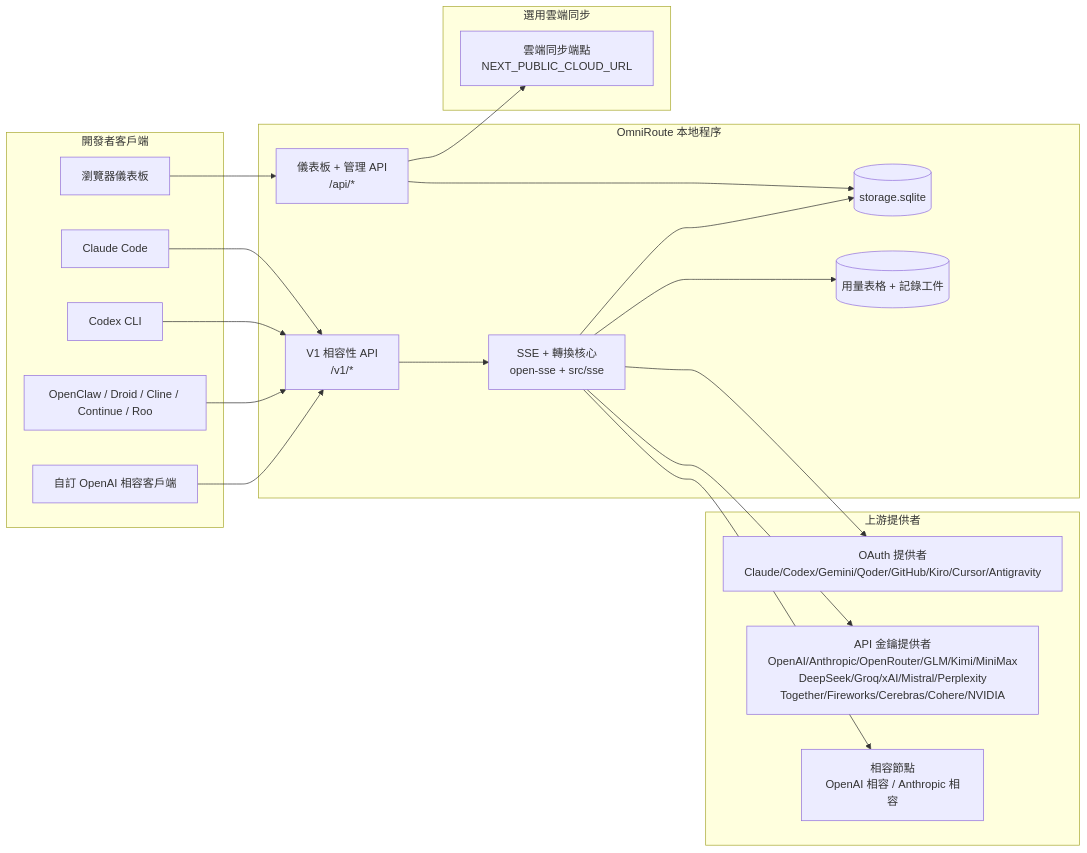
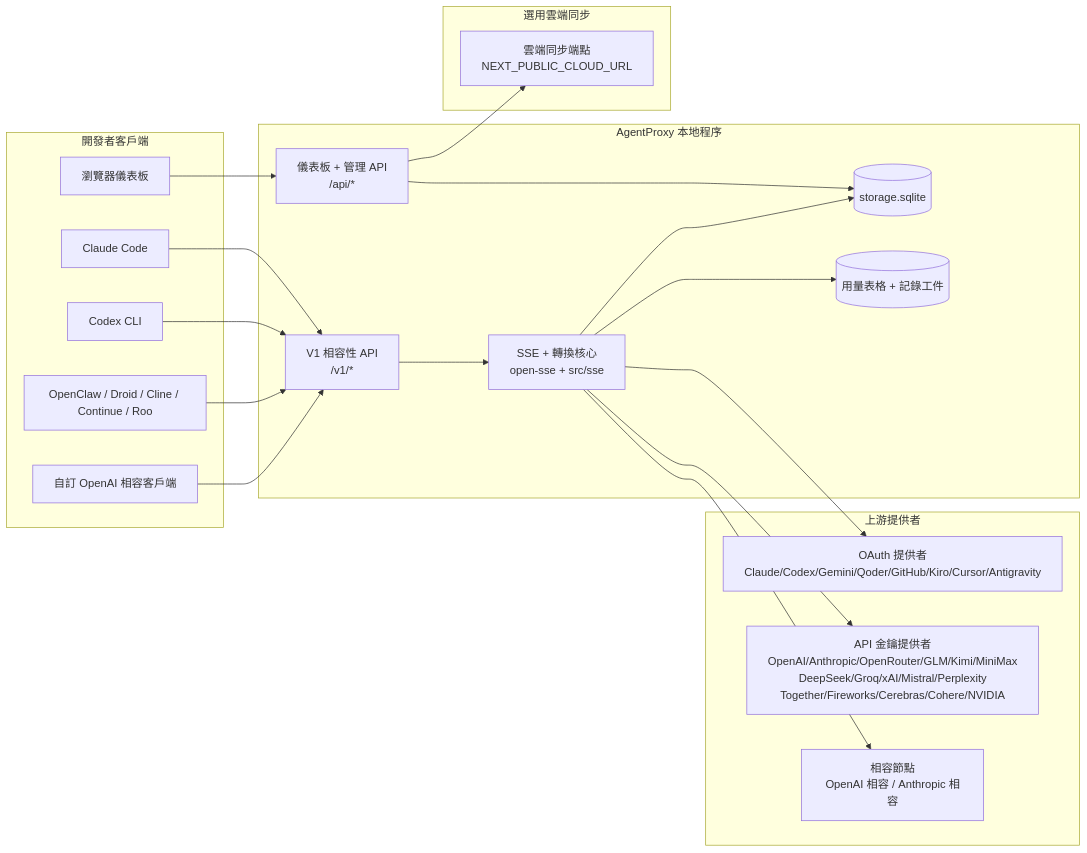
One commit to khanhkit/AgentProxy changed the first of 7 diagrams in docs/i18n/zh-TW/docs/architecture/ARCHITECTURE.md. Above: the diagram before and after it, drawn with Mermaid. The commit also changed other lines of this file and 6043 other files, not shown here.

Commit message:
wip(release): checkpoint AgentProxy identity cleanup

````diff
--- a/docs/i18n/zh-TW/docs/architecture/ARCHITECTURE.md
+++ b/docs/i18n/zh-TW/docs/architecture/ARCHITECTURE.md
@@ -159,45 +159,45 @@
 ```mermaid
 flowchart LR
     subgraph Clients[開發者客戶端]
         C1[Claude Code]
         C2[Codex CLI]
         C3[OpenClaw / Droid / Cline / Continue / Roo]
         C4[自訂 OpenAI 相容客戶端]
         BROWSER[瀏覽器儀表板]
     end
 
-    subgraph Router[OmniRoute 本地程序]
+    subgraph Router[AgentProxy 本地程序]
         API[V1 相容性 API\n/v1/*]
         DASH[儀表板 + 管理 API\n/api/*]
         CORE[SSE + 轉換核心\nopen-sse + src/sse]
         DB[(storage.sqlite)]
         UDB[(用量表格 + 記錄工件)]
     end
 
     subgraph Upstreams[上游提供者]
         P1[OAuth 提供者\nClaude/Codex/Gemini/Qoder/GitHub/Kiro/Cursor/Antigravity]
         P2[API 金鑰提供者\nOpenAI/Anthropic/OpenRouter/GLM/Kimi/MiniMax\nDeepSeek/Groq/xAI/Mistral/Perplexity\nTogether/Fireworks/Cerebras/Cohere/NVIDIA]
         P3[相容節點\nOpenAI 相容 / Anthropic 相容]
     end
 
     subgraph Cloud[選用雲端同步]
         CLOUD[雲端同步端點\nNEXT_PUBLIC_CLOUD_URL]
     end
 
     C1 --> API
     C2 --> API
     C3 --> API
     C4 --> API
     BROWSER --> DASH
 
     API --> CORE
     DASH --> DB
     CORE --> DB
     CORE --> UDB
 
     CORE --> P1
     CORE --> P2
     CORE --> P3
 
     DASH --> CLOUD
 ```
````
